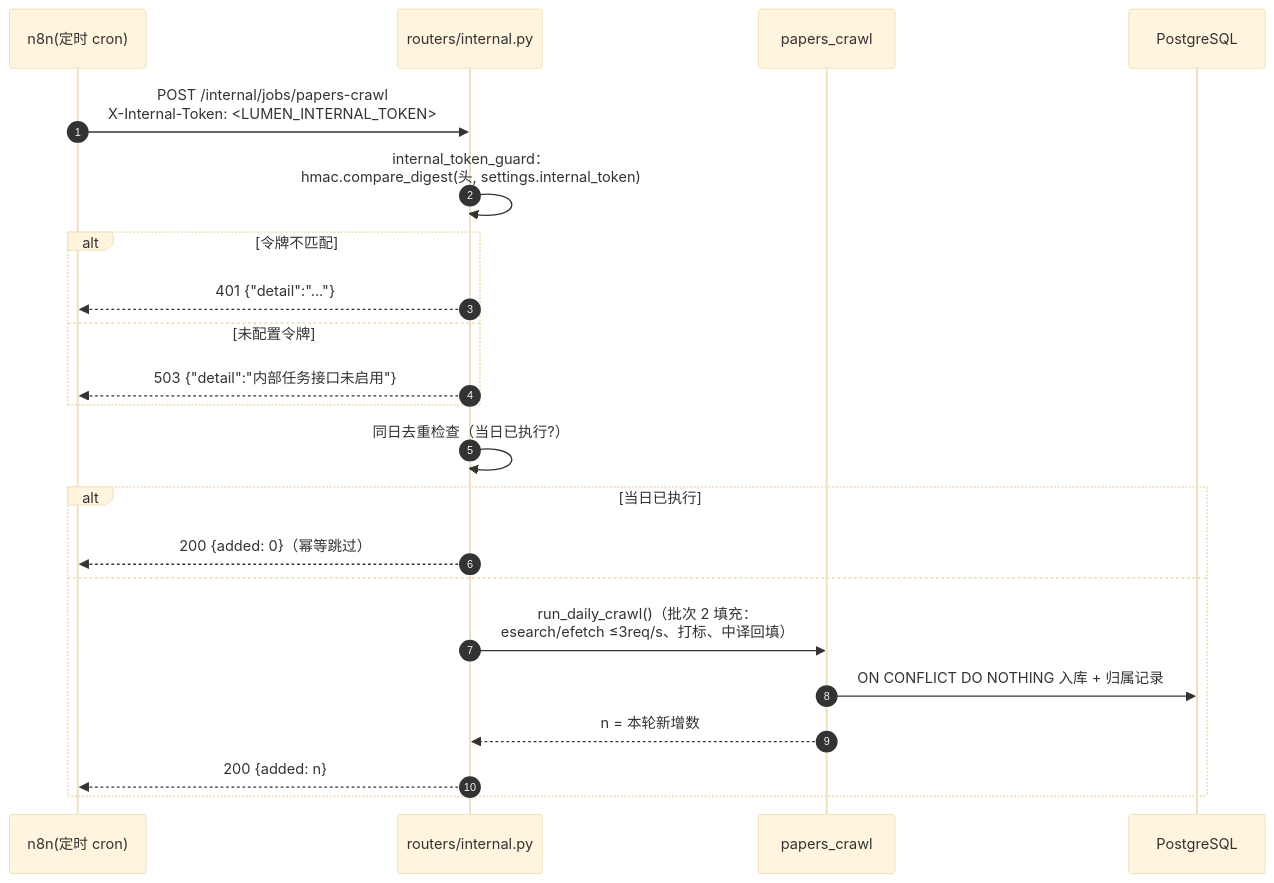
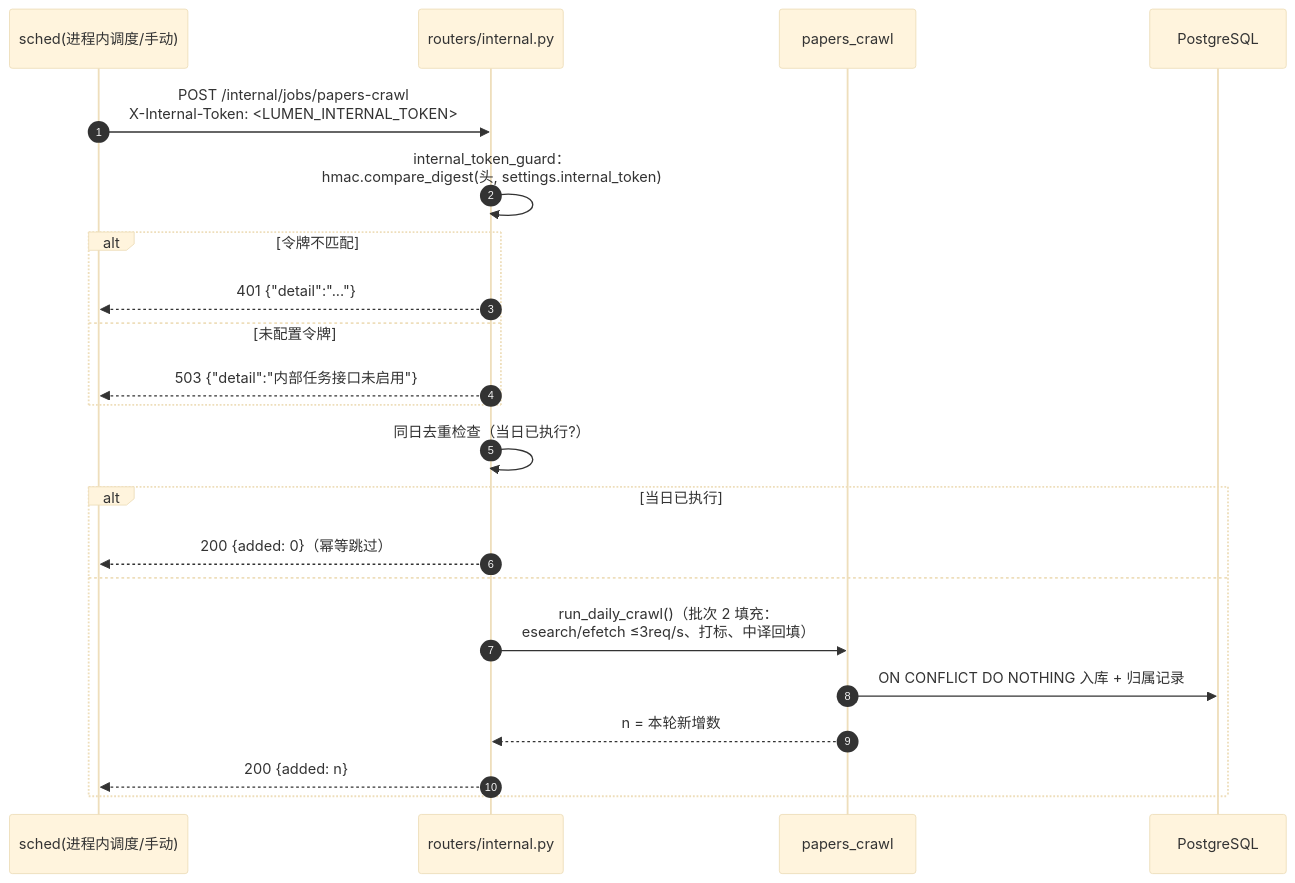
The fifth of 7 diagrams in docs/架构设计-v1.md (XiaoPang-Huang/lumencafe), drawn with Mermaid (base theme) before and after one commit. The commit also changed other lines of this file and 133 other files, not shown here.

````diff
--- a/docs/架构设计-v1.md
+++ b/docs/架构设计-v1.md
@@ -760,25 +760,25 @@
 ```mermaid
 sequenceDiagram
     autonumber
-    participant N as n8n(定时 cron)
+    participant N as sched(进程内调度/手动)
     participant R as routers/internal.py
     participant P as papers_crawl
     participant D as PostgreSQL
 
     N->>R: POST /internal/jobs/papers-crawl<br/>X-Internal-Token: <LUMEN_INTERNAL_TOKEN>
     R->>R: internal_token_guard：<br/>hmac.compare_digest(头, settings.internal_token)
     alt 令牌不匹配
         R-->>N: 401 {"detail":"..."}
     else 未配置令牌
         R-->>N: 503 {"detail":"内部任务接口未启用"}
     end
     R->>R: 同日去重检查（当日已执行?）
     alt 当日已执行
         R-->>N: 200 {added: 0}（幂等跳过）
     else
         R->>P: run_daily_crawl()（批次 2 填充：<br/>esearch/efetch ≤3req/s、打标、中译回填）
         P->>D: ON CONFLICT DO NOTHING 入库 + 归属记录
         P-->>R: n = 本轮新增数
         R-->>N: 200 {added: n}
     end
 ```
````
